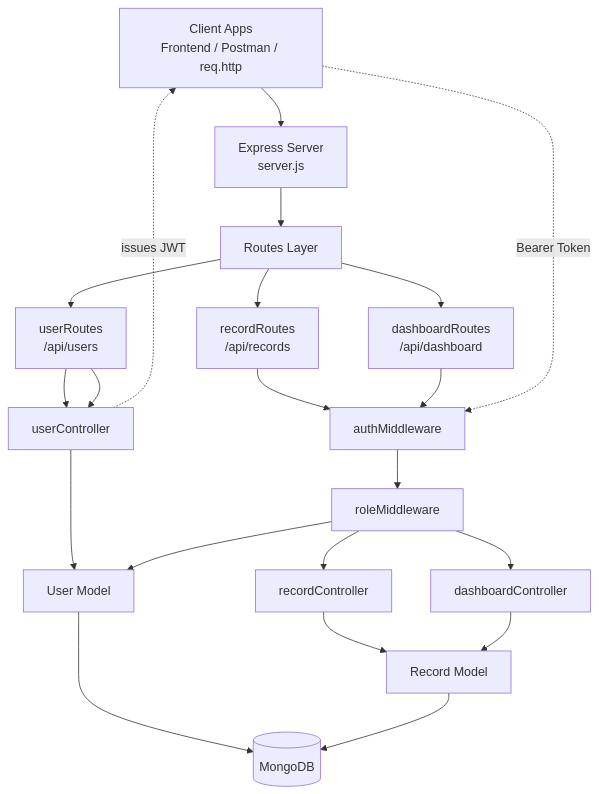
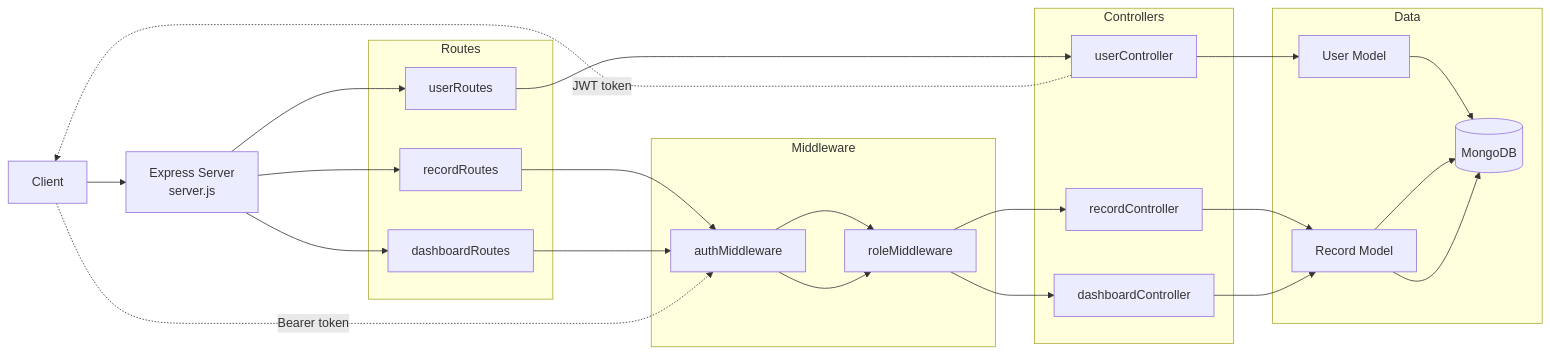
The diagram in README.md (chaithrikabeeraboyena17/Zorvyn-Backend-Asg), drawn with Mermaid before and after one commit. The commit also changed other lines of this file, not shown here.

````diff
--- a/README.md
+++ b/README.md
@@ -37,29 +37,34 @@
 ```mermaid
-flowchart TD
-    A[Client Apps<br/>Frontend / Postman / req.http] --> B[Express Server<br/>server.js]
+flowchart LR
+    C[Client]
+    S[Express Server<br/>server.js]
 
-    B --> C[Routes Layer]
-    C --> U[userRoutes<br/>/api/users]
-    C --> R[recordRoutes<br/>/api/records]
-    C --> D[dashboardRoutes<br/>/api/dashboard]
+    subgraph RT [Routes]
+        U[userRoutes]
+        R[recordRoutes]
+        D[dashboardRoutes]
+    end
 
-    U --> UC[userController]
-    R --> AM[authMiddleware]
-    D --> AM
+    subgraph MW [Middleware]
+        A[authMiddleware]
+        RO[roleMiddleware]
+    end
 
-    AM --> RM[roleMiddleware]
-    RM --> RC[recordController]
-    RM --> DC[dashboardController]
-    U --> UC
+    subgraph CT [Controllers]
+        UC[userController]
+        RC[recordController]
+        DC[dashboardController]
+    end
 
-    UC --> UM[User Model]
-    RC --> ReM[Record Model]
-    DC --> ReM
-    RM --> UM
+    subgraph DB [Data]
+        UM[User Model]
+        RM[Record Model]
+        M[(MongoDB)]
+    end
 
-    UM --> MDB[(MongoDB)]
-    ReM --> MDB
-
-    UC -. issues JWT .-> A
-    A -. Bearer Token .-> AM
+    C --> S --> U --> UC --> UM --> M
+    S --> R --> A --> RO --> RC --> RM --> M
+    S --> D --> A --> RO --> DC --> RM --> M
+    UC -. JWT token .-> C
+    C -. Bearer token .-> A
 ```
````
